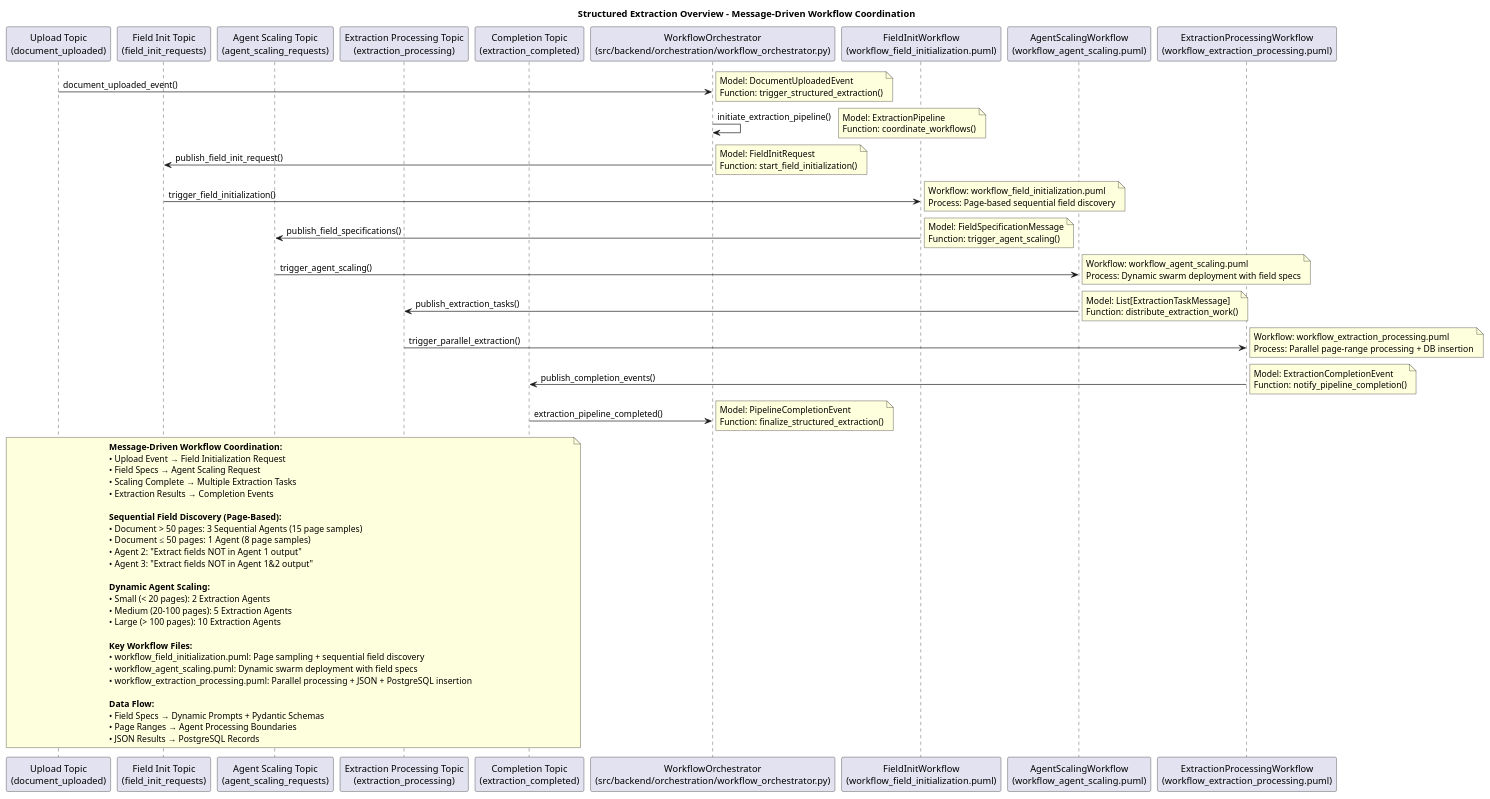
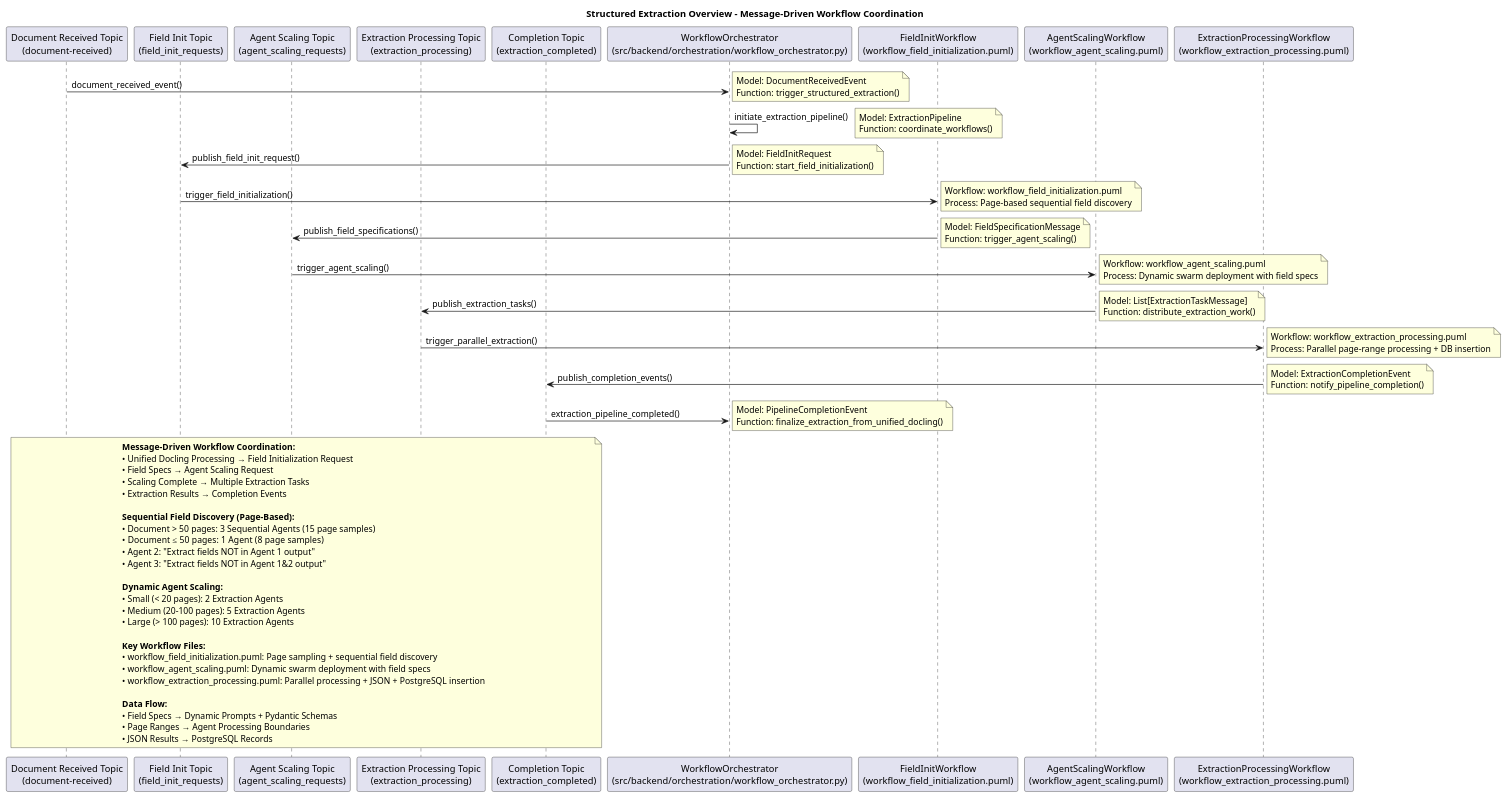
One commit to h19overflow/scaled_processing changed the diagram in docs/workflows/structured_Extraction/workflow_structured_extraction.puml. Above: the diagram before and after it, drawn with PlantUML. The commit also changed 23 other files, not shown here.

```diff
--- a/docs/workflows/structured_Extraction/workflow_structured_extraction.puml
+++ b/docs/workflows/structured_Extraction/workflow_structured_extraction.puml
@@ -1,77 +1,77 @@
 @startuml workflow_structured_extraction_overview
 title Structured Extraction Overview - Message-Driven Workflow Coordination
 
 ' Define Kafka Topics
-participant "Upload Topic\n(document_uploaded)" as upload_topic
+participant "Document Received Topic\n(document-received)" as upload_topic
 participant "Field Init Topic\n(field_init_requests)" as field_topic
 participant "Agent Scaling Topic\n(agent_scaling_requests)" as scaling_topic
 participant "Extraction Processing Topic\n(extraction_processing)" as processing_topic
 participant "Completion Topic\n(extraction_completed)" as completion_topic
 
 ' Define Workflow Orchestrators
 participant "WorkflowOrchestrator\n(src/backend/orchestration/workflow_orchestrator.py)" as orchestrator
 participant "FieldInitWorkflow\n(workflow_field_initialization.puml)" as field_workflow
 participant "AgentScalingWorkflow\n(workflow_agent_scaling.puml)" as scaling_workflow
 participant "ExtractionProcessingWorkflow\n(workflow_extraction_processing.puml)" as processing_workflow
 
 ' Workflow coordination through message passing
-upload_topic -> orchestrator : document_uploaded_event()
-note right : Model: DocumentUploadedEvent\nFunction: trigger_structured_extraction()
+upload_topic -> orchestrator : document_received_event()
+note right : Model: DocumentReceivedEvent\nFunction: trigger_structured_extraction()
 
 orchestrator -> orchestrator : initiate_extraction_pipeline()
 note right : Model: ExtractionPipeline\nFunction: coordinate_workflows()
 
 orchestrator -> field_topic : publish_field_init_request()
 note right : Model: FieldInitRequest\nFunction: start_field_initialization()
 
 field_topic -> field_workflow : trigger_field_initialization()
 note right : Workflow: workflow_field_initialization.puml\nProcess: Page-based sequential field discovery
 
 field_workflow -> scaling_topic : publish_field_specifications()
 note right : Model: FieldSpecificationMessage\nFunction: trigger_agent_scaling()
 
 scaling_topic -> scaling_workflow : trigger_agent_scaling()
 note right : Workflow: workflow_agent_scaling.puml\nProcess: Dynamic swarm deployment with field specs
 
 scaling_workflow -> processing_topic : publish_extraction_tasks()
 note right : Model: List[ExtractionTaskMessage]\nFunction: distribute_extraction_work()
 
 processing_topic -> processing_workflow : trigger_parallel_extraction()
 note right : Workflow: workflow_extraction_processing.puml\nProcess: Parallel page-range processing + DB insertion
 
 processing_workflow -> completion_topic : publish_completion_events()
 note right : Model: ExtractionCompletionEvent\nFunction: notify_pipeline_completion()
 
 completion_topic -> orchestrator : extraction_pipeline_completed()
-note right : Model: PipelineCompletionEvent\nFunction: finalize_structured_extraction()
+note right : Model: PipelineCompletionEvent\nFunction: finalize_extraction_from_unified_docling()
 
 note over upload_topic, completion_topic
     **Message-Driven Workflow Coordination:**
-    • Upload Event → Field Initialization Request
+    • Unified Docling Processing → Field Initialization Request
     • Field Specs → Agent Scaling Request  
     • Scaling Complete → Multiple Extraction Tasks
     • Extraction Results → Completion Events
     
     **Sequential Field Discovery (Page-Based):**
     • Document > 50 pages: 3 Sequential Agents (15 page samples)
     • Document ≤ 50 pages: 1 Agent (8 page samples)
     • Agent 2: "Extract fields NOT in Agent 1 output"
     • Agent 3: "Extract fields NOT in Agent 1&2 output"
     
     **Dynamic Agent Scaling:**
     • Small (< 20 pages): 2 Extraction Agents
     • Medium (20-100 pages): 5 Extraction Agents
     • Large (> 100 pages): 10 Extraction Agents
     
     **Key Workflow Files:**
     • workflow_field_initialization.puml: Page sampling + sequential field discovery
     • workflow_agent_scaling.puml: Dynamic swarm deployment with field specs
     • workflow_extraction_processing.puml: Parallel processing + JSON + PostgreSQL insertion
     
     **Data Flow:**
     • Field Specs → Dynamic Prompts + Pydantic Schemas
     • Page Ranges → Agent Processing Boundaries
     • JSON Results → PostgreSQL Records
 end note
 
 @enduml
```
